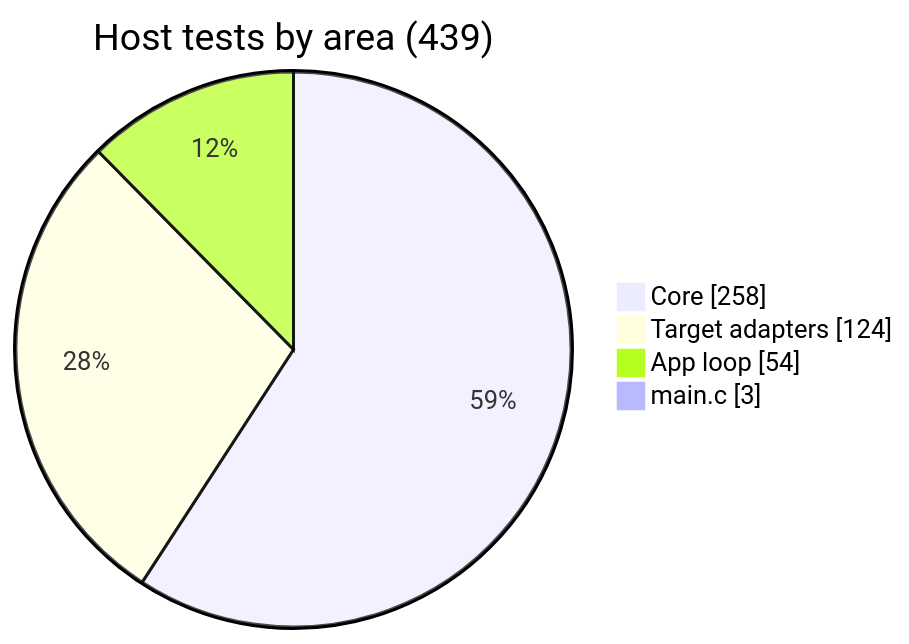
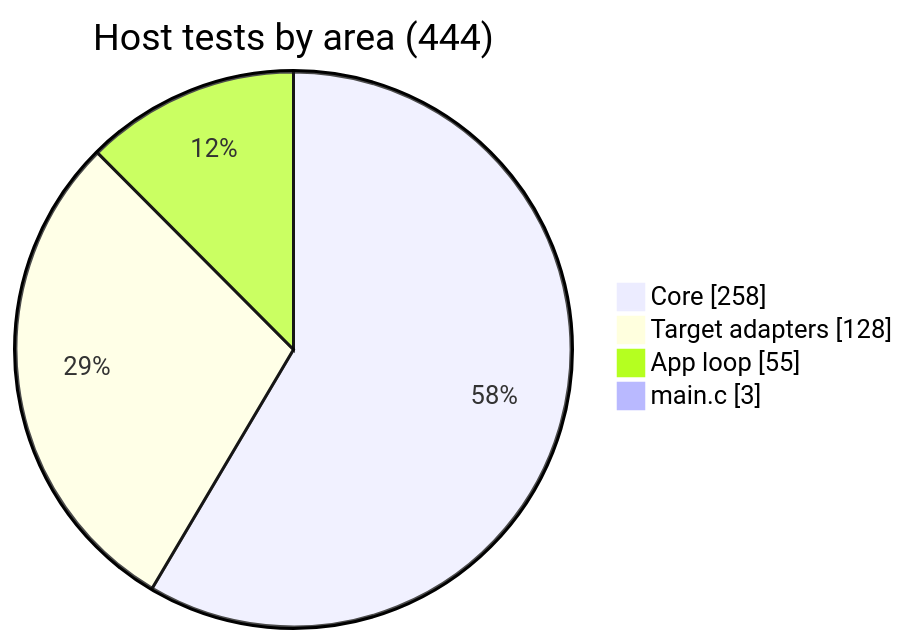
Before and after one commit to BonelessPig/nano_sequencer: diagram 24 of 27 in docs/ARCHITECTURE.md, drawn with Mermaid. The commit also changed other lines of this file and 21 other files, not shown here.

````diff
--- a/docs/ARCHITECTURE.md
+++ b/docs/ARCHITECTURE.md
@@ -1097,8 +1114,8 @@
 ```mermaid
 pie showData
-    title Host tests by area (439)
+    title Host tests by area (444)
     "Core" : 258
-    "Target adapters" : 124
-    "App loop" : 54
+    "Target adapters" : 128
+    "App loop" : 55
     "main.c" : 3
 ```
````
